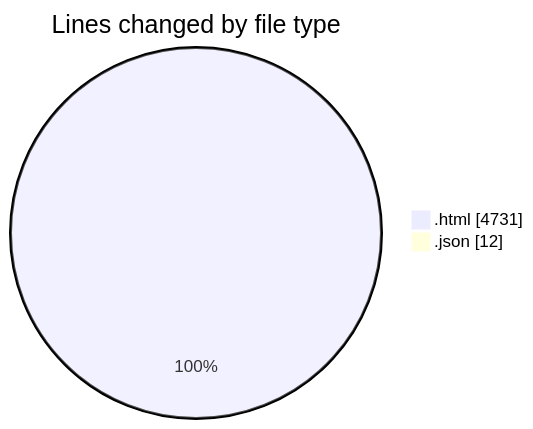
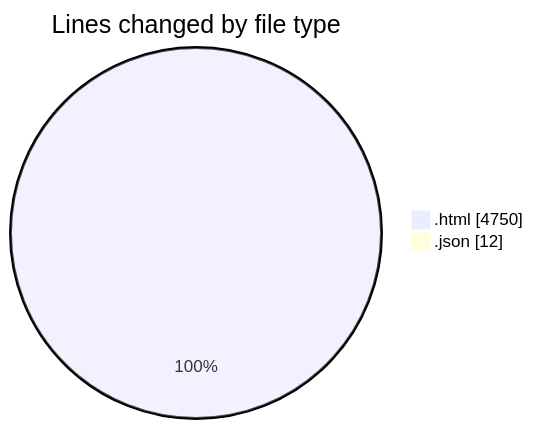
The first of 2 diagrams in 2026-05-21/pdf_invoice/README.md (momahboobian/code-tracking), drawn with Mermaid before and after one commit. The commit also changed other lines of this file and 1 other file, not shown here.

````diff
--- a/2026-05-21/pdf_invoice/README.md
+++ b/2026-05-21/pdf_invoice/README.md
@@ -26,6 +26,6 @@
 ```mermaid
 pie showData
 title Lines changed by file type
-".html" : 4731
+".html" : 4750
 ".json" : 12
 ```
````
